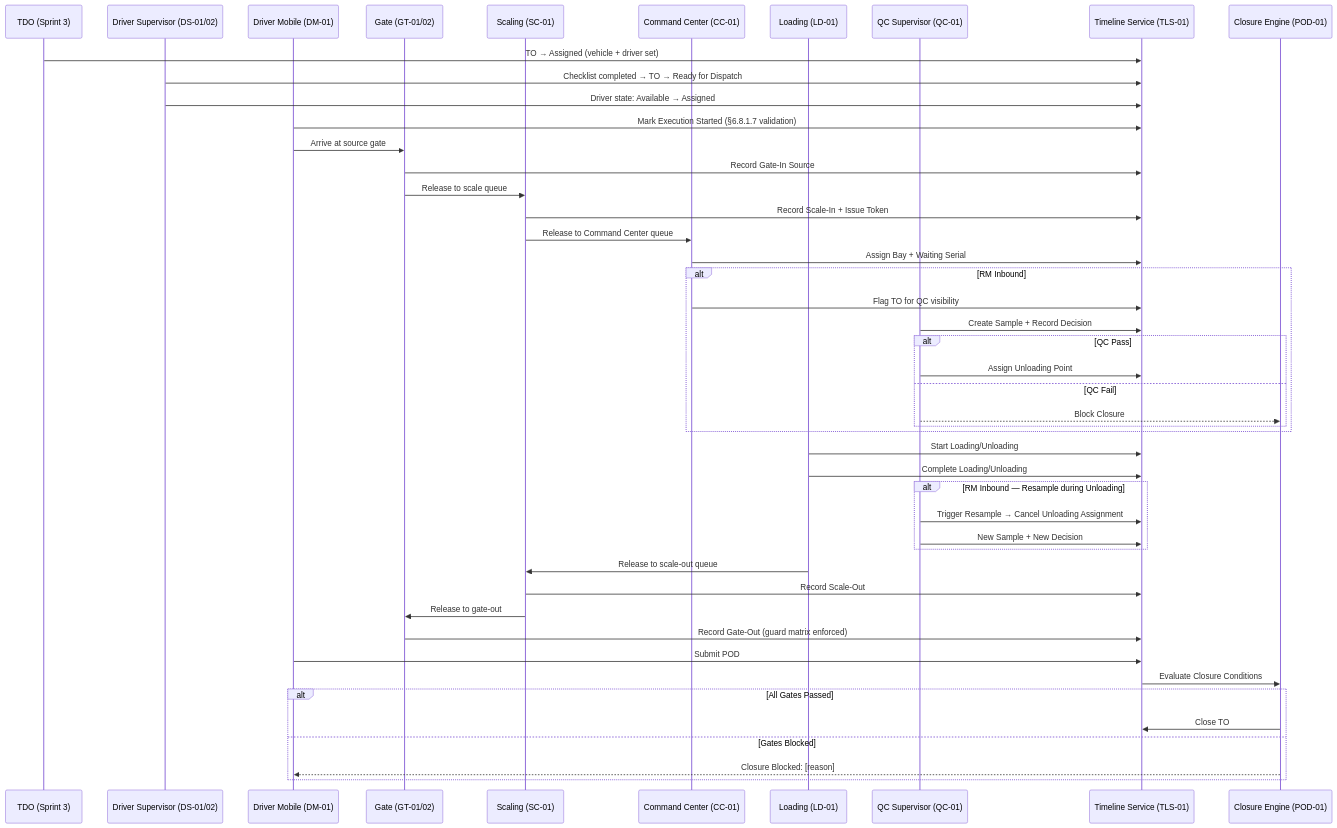
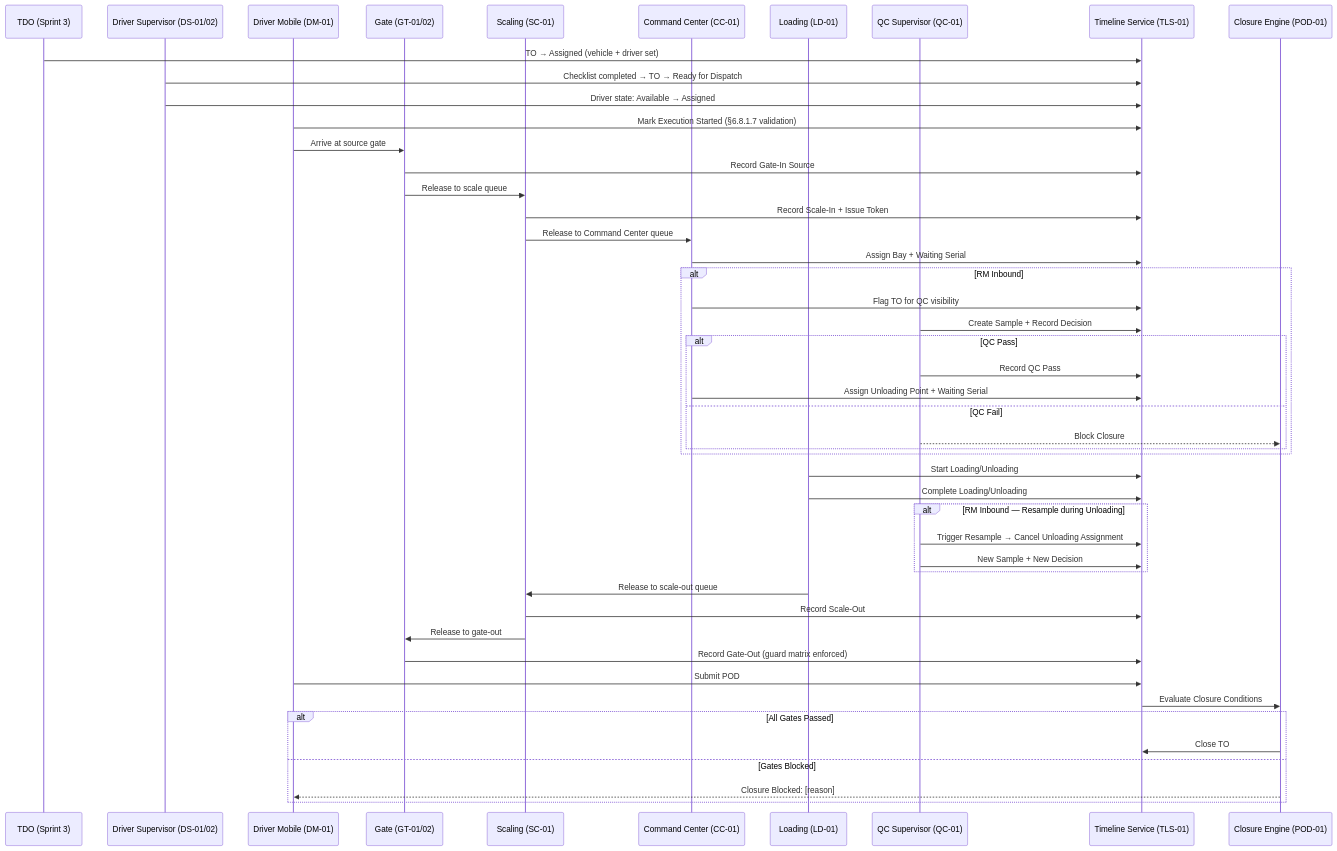
Before and after one commit to sbu-europe/dfms-naming-campaign: the diagram in 05-modules/SPRINT-4-IMPLEMENTATION-OVERVIEW.md, drawn with Mermaid. The commit also changed other lines of this file and 9 other files, not shown here.

Commit message:
docs: update QC Operations specification for Sprint 4, clarifying the role of Command Center in unloading point assignment post-QC Pass, and refining the decision-making process for QC Supervisors to enhance operational clarity and workflow consistency

````diff
--- a/05-modules/SPRINT-4-IMPLEMENTATION-OVERVIEW.md
+++ b/05-modules/SPRINT-4-IMPLEMENTATION-OVERVIEW.md
@@ -402,50 +402,51 @@
 ```mermaid
 sequenceDiagram
     participant TDO as TDO (Sprint 3)
     participant Supervisor as Driver Supervisor (DS-01/02)
     participant Driver as Driver Mobile (DM-01)
     participant Gate as Gate (GT-01/02)
     participant Scale as Scaling (SC-01)
     participant CC as Command Center (CC-01)
     participant Load as Loading (LD-01)
     participant QC as QC Supervisor (QC-01)
     participant Timeline as Timeline Service (TLS-01)
     participant Closure as Closure Engine (POD-01)
     
     TDO->>Timeline: TO → Assigned (vehicle + driver set)
     Supervisor->>Timeline: Checklist completed → TO → Ready for Dispatch
     Supervisor->>Timeline: Driver state: Available → Assigned
     Driver->>Timeline: Mark Execution Started (§6.8.1.7 validation)
     Driver->>Gate: Arrive at source gate
     Gate->>Timeline: Record Gate-In Source
     Gate->>Scale: Release to scale queue
     Scale->>Timeline: Record Scale-In + Issue Token
     Scale->>CC: Release to Command Center queue
     CC->>Timeline: Assign Bay + Waiting Serial
     alt RM Inbound
         CC->>Timeline: Flag TO for QC visibility
         QC->>Timeline: Create Sample + Record Decision
         alt QC Pass
-            QC->>Timeline: Assign Unloading Point
+            QC->>Timeline: Record QC Pass
+            CC->>Timeline: Assign Unloading Point + Waiting Serial
         else QC Fail
             QC-->>Closure: Block Closure
         end
     end
     Load->>Timeline: Start Loading/Unloading
     Load->>Timeline: Complete Loading/Unloading
     alt RM Inbound — Resample during Unloading
         QC->>Timeline: Trigger Resample → Cancel Unloading Assignment
         QC->>Timeline: New Sample + New Decision
     end
     Load->>Scale: Release to scale-out queue
     Scale->>Timeline: Record Scale-Out
     Scale->>Gate: Release to gate-out
     Gate->>Timeline: Record Gate-Out (guard matrix enforced)
     Driver->>Timeline: Submit POD
     Timeline->>Closure: Evaluate Closure Conditions
     alt All Gates Passed
         Closure->>Timeline: Close TO
     else Gates Blocked
         Closure-->>Driver: Closure Blocked: [reason]
     end
 ```
````
